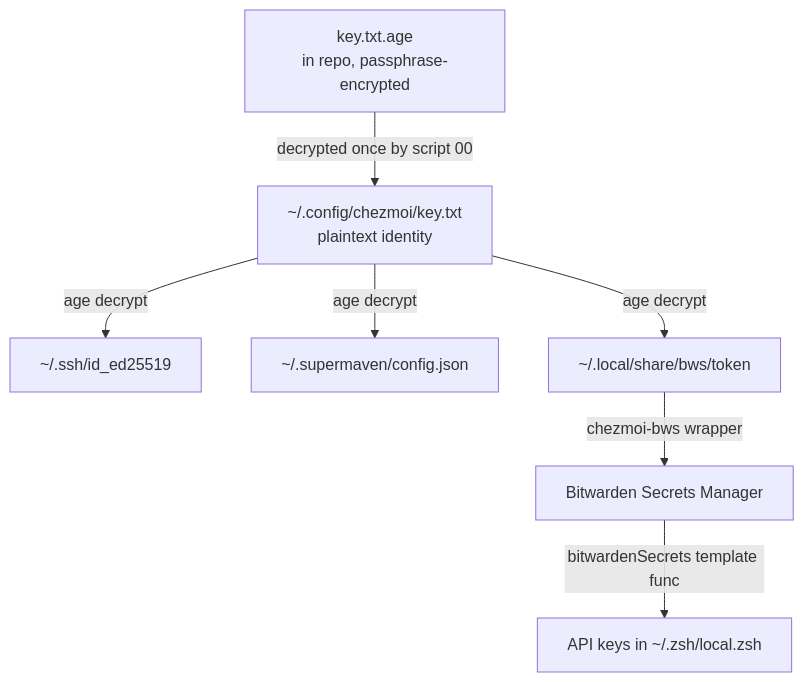
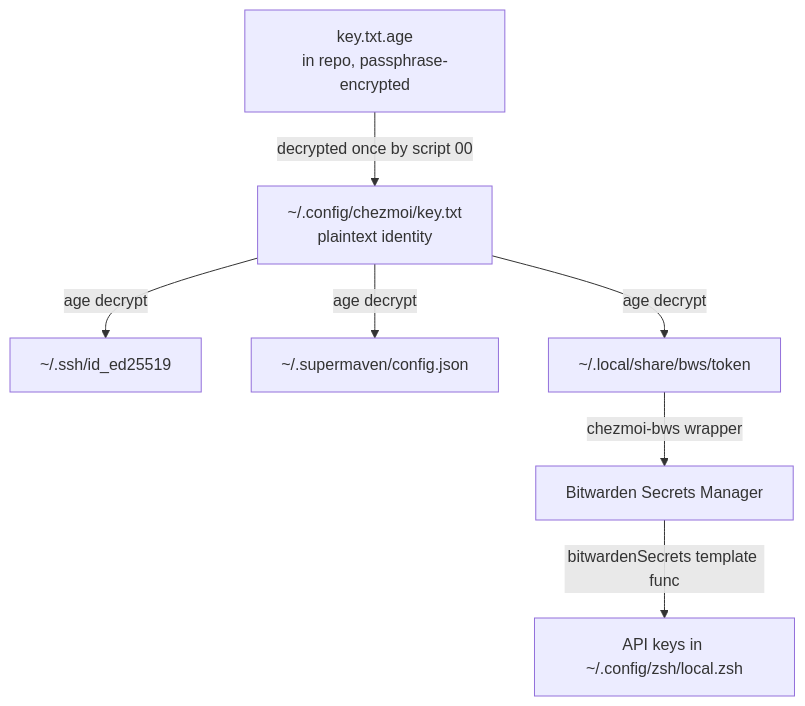
One commit to mbastakis/dotfiles changed the second of 2 diagrams in docs/architecture/overview.md. Above: the diagram before and after it, drawn with Mermaid. The commit also changed other lines of this file and 35 other files, not shown here.

````diff
--- a/docs/architecture/overview.md
+++ b/docs/architecture/overview.md
@@ -95,9 +99,9 @@
 ```mermaid
 flowchart TD
   A[key.txt.age<br/>in repo, passphrase-encrypted] -->|decrypted once by script 00| B[~/.config/chezmoi/key.txt<br/>plaintext identity]
   B -->|age decrypt| C[~/.ssh/id_ed25519]
   B -->|age decrypt| D[~/.supermaven/config.json]
   B -->|age decrypt| E[~/.local/share/bws/token]
   E -->|chezmoi-bws wrapper| F[Bitwarden Secrets Manager]
-  F -->|bitwardenSecrets template func| G[API keys in ~/.zsh/local.zsh]
+  F -->|bitwardenSecrets template func| G[API keys in ~/.config/zsh/local.zsh]
 ```
````
